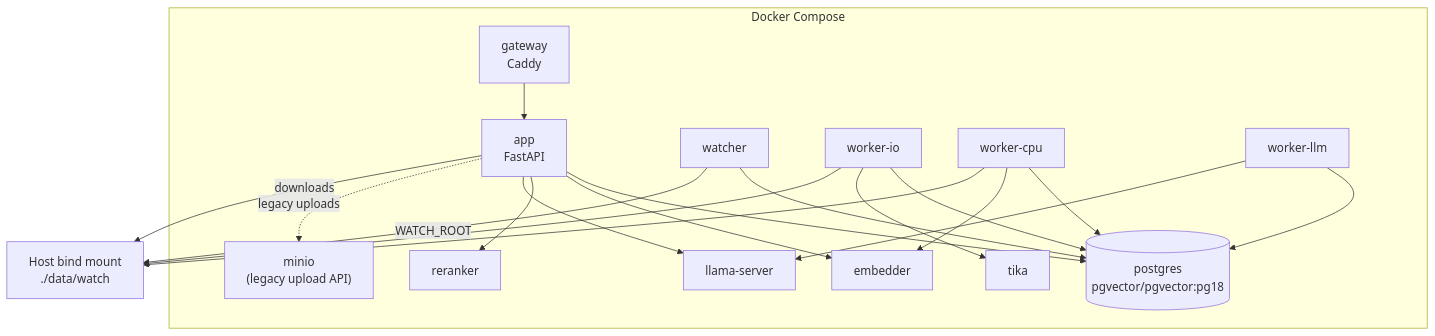
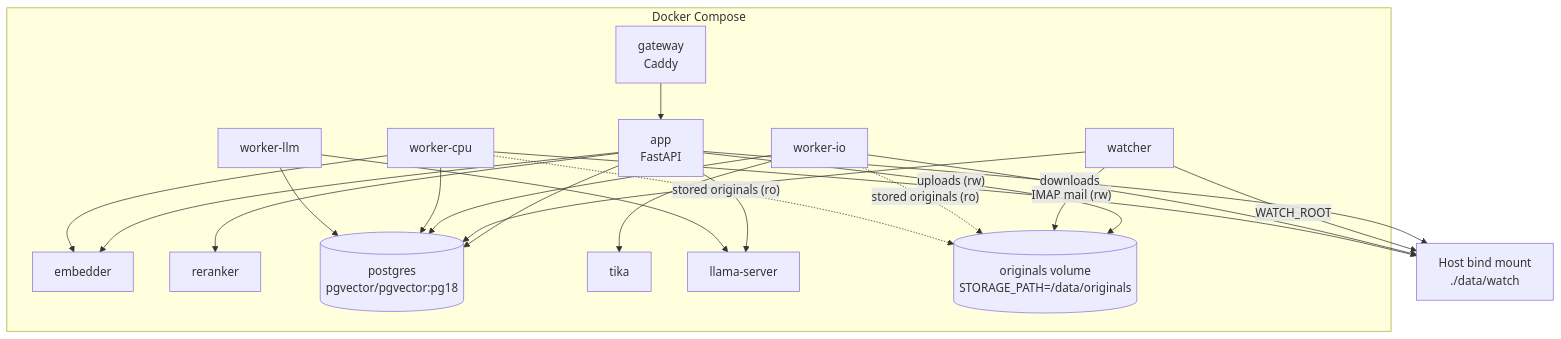
Before and after one commit to Maiiiry/harborclerk: the fourth of 7 diagrams in docs/architecture.md, drawn with Mermaid. The commit also changed other lines of this file and 18 other files, not shown here.

Commit message:
fix(compose): filesystem storage volume, MinIO opt-in; pin PGDATA for pg18 (#888, #894) (#891)

````diff
--- a/docs/architecture.md
+++ b/docs/architecture.md
@@ -183,29 +191,31 @@
 ```mermaid
 graph TB
     subgraph docker["Docker Compose"]
         gw["gateway<br/>Caddy"]
         app["app<br/>FastAPI"]
         watcher["watcher"]
         wio["worker-io"]
         wcpu["worker-cpu"]
         wllm["worker-llm"]
         emb["embedder"]
         rerank["reranker"]
         pg[("postgres<br/>pgvector/pgvector:pg18")]
-        minio["minio<br/>(legacy upload API)"]
         tika["tika"]
         llama["llama-server"]
+        originals[("originals volume<br/>STORAGE_PATH=/data/originals")]
     end
 
     host_fs["Host bind mount<br/>./data/watch"]
 
     gw --> app
     app --> pg & emb & rerank & llama
-    app -. "legacy uploads" .-> minio
+    app -- "uploads (rw)" --> originals
     app -- "downloads" --> host_fs
     watcher --> pg
     watcher -- "WATCH_ROOT" --> host_fs
+    watcher -- "IMAP mail (rw)" --> originals
     wio --> pg & tika & host_fs
     wcpu --> pg & emb & host_fs
+    wio & wcpu -. "stored originals (ro)" .-> originals
     wllm --> pg & llama
 ```
````
